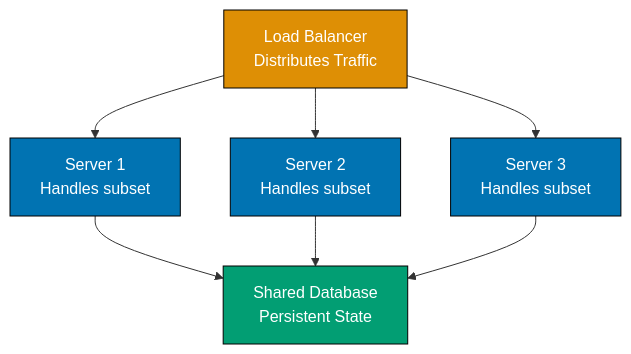
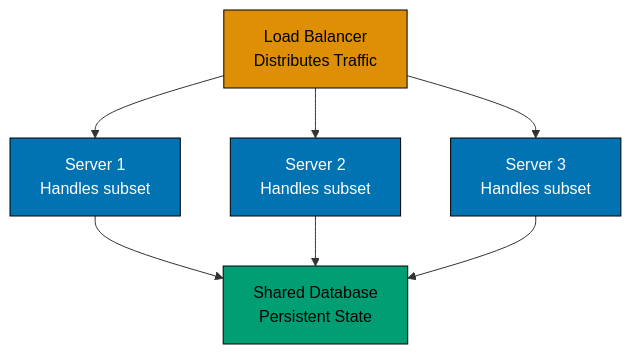
One commit to wahidyankf/ose-public changed the fourth of 8 diagrams in apps/ayokoding-www/content/en/learn/legacy/software-engineering/system-design/by-example/beginner.md. Above: the diagram before and after it, drawn with Mermaid. The commit also changed other lines of this file and 78 other files, not shown here.

First line of the commit message:
fix(mermaid): bring the remaining legacy software-engineering diagrams onto the accessible palette

````diff
--- a/apps/ayokoding-www/content/en/learn/legacy/software-engineering/system-design/by-example/beginner.md
+++ b/apps/ayokoding-www/content/en/learn/legacy/software-engineering/system-design/by-example/beginner.md
@@ -2375,22 +2397,28 @@
 ```mermaid
 %% Color Palette: Blue #0173B2, Orange #DE8F05, Teal #029E73, Purple #CC78BC, Brown #CA9161
 graph TD
+    accTitle: Example 12: Horizontal Scaling — Scale Out
+    accDescr: Graph with 5 nodes and 6 connections. Nodes: Load Balancer Distributes Traffic, Server 1 Handles subset, Server 2 Handles subset, Server 3 Handles subset, Shared Database Persistent State. Connections: Load Balancer Distributes Traffic to Server 1 Handles subset, Load Balancer Distributes Traffic to Server 2 Handles subset, Load Balancer Distributes Traffic to Server 3 Handles subset, Server 1 Handles subset to Shared Database Persistent State, Server 2 Handles subset to Shared Database Persistent State, Server 3 Handles subset to Shared Database Persistent State.
     LB["Load Balancer<br/>Distributes Traffic"]
     S1["Server 1<br/>Handles subset"]
     S2["Server 2<br/>Handles subset"]
     S3["Server 3<br/>Handles subset"]
     DB["Shared Database<br/>Persistent State"]
 
     LB --> S1
     LB --> S2
     LB --> S3
     S1 --> DB
     S2 --> DB
     S3 --> DB
 
-    style LB fill:#DE8F05,stroke:#000,color:#fff
-    style S1 fill:#0173B2,stroke:#000,color:#fff
-    style S2 fill:#0173B2,stroke:#000,color:#fff
-    style S3 fill:#0173B2,stroke:#000,color:#fff
-    style DB fill:#029E73,stroke:#000,color:#fff
+    classDef pal-DE8F05 fill:#DE8F05,stroke:#000000,color:#000000
+    class LB pal-DE8F05
+    classDef pal-0173B2 fill:#0173B2,stroke:#000000,color:#FFFFFF
+    class S1 pal-0173B2
+    class S2 pal-0173B2
+    class S3 pal-0173B2
+    classDef pal-029E73 fill:#029E73,stroke:#000000,color:#000000
+    class DB pal-029E73
+    classDef default fill:#FFFFFF,stroke:#000000,color:#000000
 ```
````
